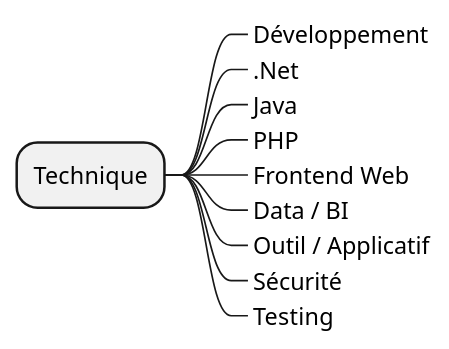
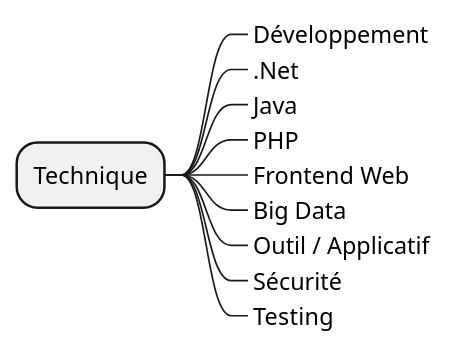
One commit to diplomegalo/roadmap changed the diagram in diagram/domaine/technique.puml. Above: the diagram before and after it, drawn with PlantUML. The commit also changed 2 other files, not shown here.

Commit message:
change big data domain

```diff
--- a/diagram/domaine/technique.puml
+++ b/diagram/domaine/technique.puml
@@ -1,12 +1,12 @@
 @startmindmap
 * Technique
 **_ Développement
 **_ .Net
 **_ Java
 **_ PHP
 **_ Frontend Web
-**_ Data / BI
+**_ Big Data
 **_ Outil / Applicatif
 **_ Sécurité
 **_ Testing
 @endmindmap
```
